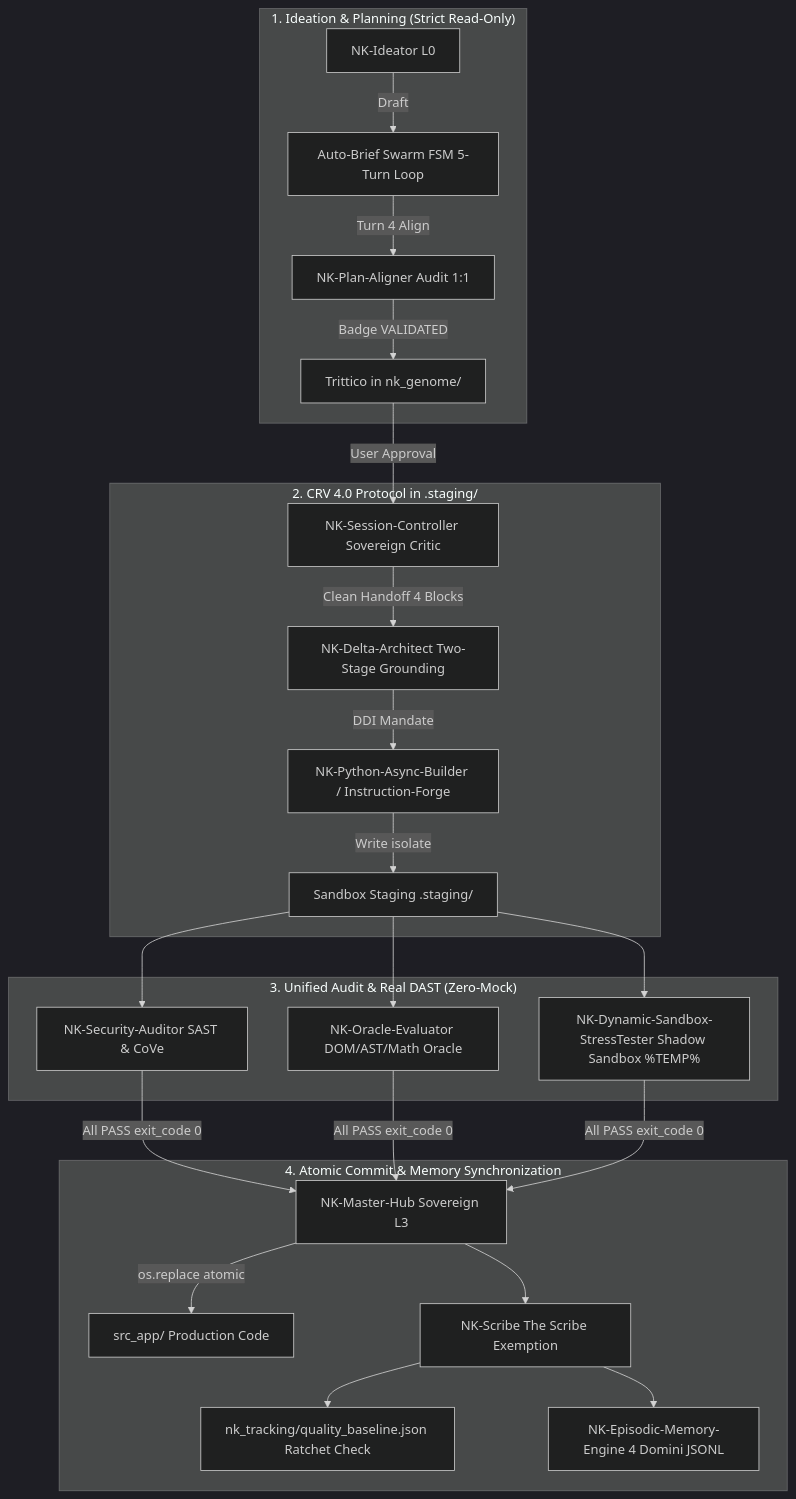
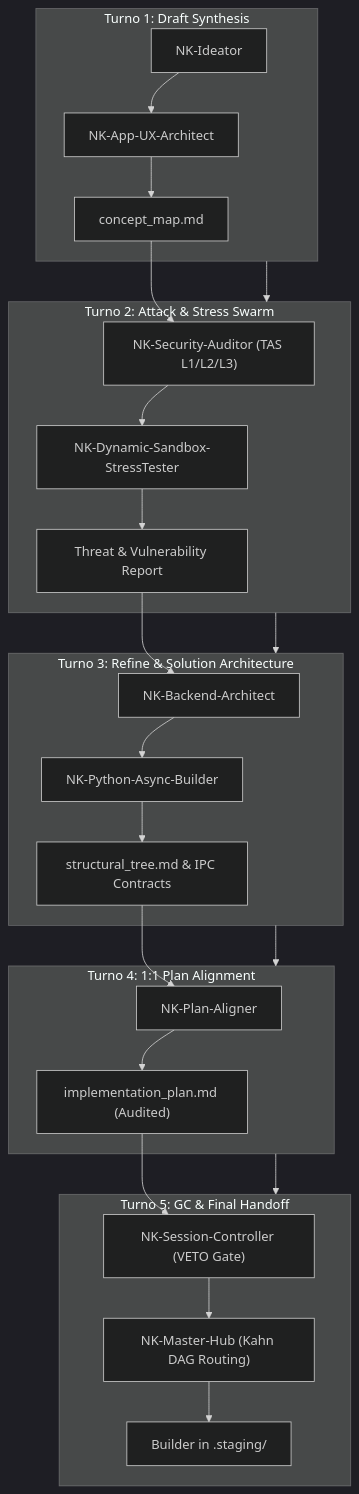
Before and after one commit to erbaldo86/NK-Hub: the diagram in README.md, drawn with Mermaid (dark theme). The commit also changed other lines of this file and 971 other files, not shown here.

Commit message:
release(v1.1.0-Universal): official release with 16 vocational skills, 10 async python engines, 49 permanent zero-mock tests, win32 2pc mutex, real dast sandbox and dual-level documentation

````diff
--- a/README.md
+++ b/README.md
@@ -49,29 +144,35 @@
 ```mermaid
-graph TD
-    subgraph Ideation_Phase ["1. Ideation & Planning (Strict Read-Only)"]
-        ID[NK-Ideator L0] -->|Draft| Swarm[Auto-Brief Swarm FSM 5-Turn Loop]
-        Swarm -->|Turn 4 Align| AL[NK-Plan-Aligner Audit 1:1]
-        AL -->|Badge VALIDATED| Tri[Trittico in nk_genome/]
+flowchart TD
+    subgraph T1["Turno 1: Draft Synthesis"]
+        ID["NK-Ideator"] --> UX["NK-App-UX-Architect"]
+        UX --> CM["concept_map.md"]
     end
 
-    subgraph Staging_CRV ["2. CRV 4.0 Protocol in .staging/"]
-        Tri -->|User Approval| SC[NK-Session-Controller Sovereign Critic]
-        SC -->|Clean Handoff 4 Blocks| DELTA[NK-Delta-Architect Two-Stage Grounding]
-        DELTA -->|DDI Mandate| BLD[NK-Python-Async-Builder / Instruction-Forge]
-        BLD -->|Write isolate| STG[Sandbox Staging .staging/]
+    subgraph T2["Turno 2: Attack & Stress Swarm"]
+        CM --> SEC["NK-Security-Auditor (TAS L1/L2/L3)"]
+        SEC --> DAST["NK-Dynamic-Sandbox-StressTester"]
+        DAST --> TR["Threat & Vulnerability Report"]
     end
 
-    subgraph Verification_Swarm ["3. Unified Audit & Real DAST (Zero-Mock)"]
-        STG --> SEC[NK-Security-Auditor SAST & CoVe]
-        STG --> ORA[NK-Oracle-Evaluator DOM/AST/Math Oracle]
-        STG --> DAST[NK-Dynamic-Sandbox-StressTester Shadow Sandbox %TEMP%]
+    subgraph T3["Turno 3: Refine & Solution Architecture"]
+        TR --> BE["NK-Backend-Architect"]
+        BE --> PY["NK-Python-Async-Builder"]
+        PY --> ST["structural_tree.md & IPC Contracts"]
     end
 
-    subgraph Commit_Lifecycle ["4. Atomic Commit & Memory Synchronization"]
-        SEC & ORA & DAST -->|All PASS exit_code 0| HUB[NK-Master-Hub Sovereign L3]
-        HUB -->|os.replace atomic| PROD[src_app/ Production Code]
-        HUB --> SCR[NK-Scribe The Scribe Exemption]
-        SCR --> BASE[nk_tracking/quality_baseline.json Ratchet Check]
-        SCR --> MEM[NK-Episodic-Memory-Engine 4 Domini JSONL]
+    subgraph T4["Turno 4: 1:1 Plan Alignment"]
+        ST --> PA["NK-Plan-Aligner"]
+        PA --> IP["implementation_plan.md (Audited)"]
     end
+
+    subgraph T5["Turno 5: GC & Final Handoff"]
+        IP --> SC["NK-Session-Controller (VETO Gate)"]
+        SC --> HUB["NK-Master-Hub (Kahn DAG Routing)"]
+        HUB --> BLD["Builder in .staging/"]
+    end
+
+    T1 --> T2
+    T2 --> T3
+    T3 --> T4
+    T4 --> T5
 ```
````
